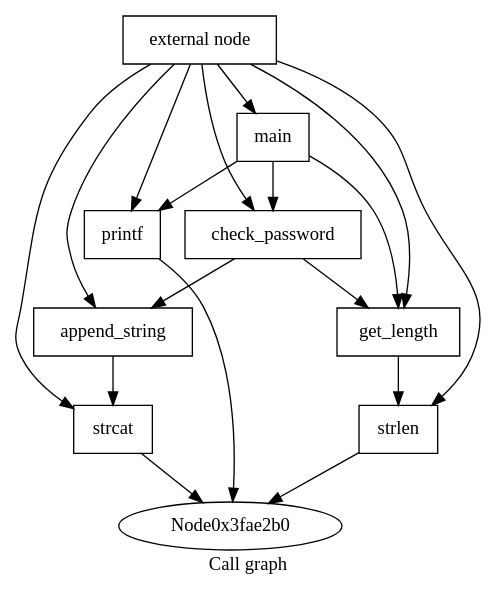
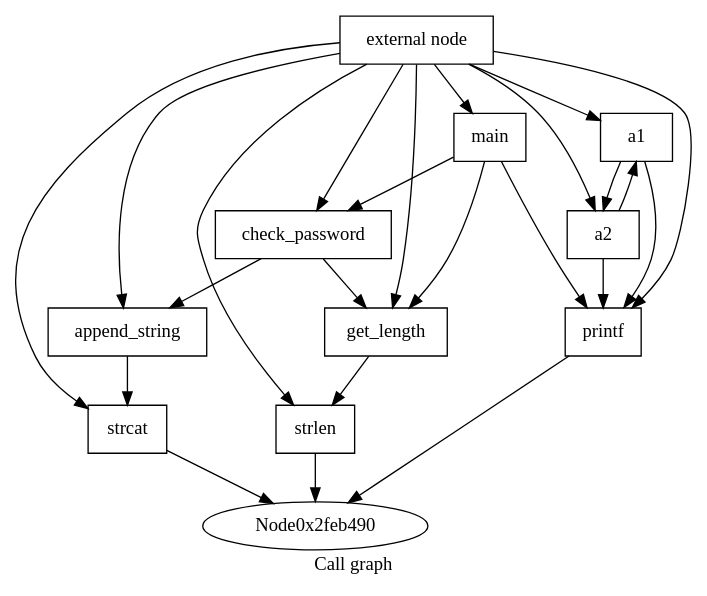
One commit to davidbuterez/urop-chopped-symbolic-execution changed the diagram in Experiment/call-graph/callgraph.dot. Above: the diagram before and after it, drawn with Graphviz. The commit also changed 38 other files, not shown here.

```diff
--- a/Experiment/call-graph/callgraph.dot
+++ b/Experiment/call-graph/callgraph.dot
@@ -1,29 +1,37 @@
 digraph "Call graph" {
 	label="Call graph";
 
-	Node0x3fae270 [shape=record,label="{external node}"];
-	Node0x3fae270 -> Node0x3fbcd70;
-	Node0x3fae270 -> Node0x3fbcdf0;
-	Node0x3fae270 -> Node0x3fbcef0;
-	Node0x3fae270 -> Node0x3fc4490;
-	Node0x3fae270 -> Node0x3fc4570;
-	Node0x3fae270 -> Node0x3fbcf30;
-	Node0x3fae270 -> Node0x3fbc740;
-	Node0x3fbcef0 [shape=record,label="{append_string}"];
-	Node0x3fbcef0 -> Node0x3fc4490;
-	Node0x3fbcdf0 [shape=record,label="{strlen}"];
-	Node0x3fbcdf0 -> Node0x3fae2b0;
-	Node0x3fbcd70 [shape=record,label="{get_length}"];
-	Node0x3fbcd70 -> Node0x3fbcdf0;
-	Node0x3fc4490 [shape=record,label="{strcat}"];
-	Node0x3fc4490 -> Node0x3fae2b0;
-	Node0x3fc4570 [shape=record,label="{check_password}"];
-	Node0x3fc4570 -> Node0x3fbcd70;
-	Node0x3fc4570 -> Node0x3fbcef0;
-	Node0x3fbcf30 [shape=record,label="{main}"];
-	Node0x3fbcf30 -> Node0x3fbcd70;
-	Node0x3fbcf30 -> Node0x3fc4570;
-	Node0x3fbcf30 -> Node0x3fbc740;
-	Node0x3fbc740 [shape=record,label="{printf}"];
-	Node0x3fbc740 -> Node0x3fae2b0;
+	Node0x2feb450 [shape=record,label="{external node}"];
+	Node0x2feb450 -> Node0x2feb510;
+	Node0x2feb450 -> Node0x2fcb130;
+	Node0x2feb450 -> Node0x2fcb200;
+	Node0x2feb450 -> Node0x2fcb280;
+	Node0x2feb450 -> Node0x2fd9d70;
+	Node0x2feb450 -> Node0x2fd9df0;
+	Node0x2feb450 -> Node0x2fd9ea0;
+	Node0x2feb450 -> Node0x2fe13c0;
+	Node0x2feb450 -> Node0x2fe1490;
+	Node0x2feb510 [shape=record,label="{get_length}"];
+	Node0x2feb510 -> Node0x2fcb130;
+	Node0x2fd9df0 [shape=record,label="{printf}"];
+	Node0x2fd9df0 -> Node0x2feb490;
+	Node0x2fd9ea0 [shape=record,label="{a2}"];
+	Node0x2fd9ea0 -> Node0x2fd9df0;
+	Node0x2fd9ea0 -> Node0x2fd9d70;
+	Node0x2fe13c0 [shape=record,label="{check_password}"];
+	Node0x2fe13c0 -> Node0x2feb510;
+	Node0x2fe13c0 -> Node0x2fcb200;
+	Node0x2fe1490 [shape=record,label="{main}"];
+	Node0x2fe1490 -> Node0x2feb510;
+	Node0x2fe1490 -> Node0x2fe13c0;
+	Node0x2fe1490 -> Node0x2fd9df0;
+	Node0x2fcb130 [shape=record,label="{strlen}"];
+	Node0x2fcb130 -> Node0x2feb490;
+	Node0x2fcb200 [shape=record,label="{append_string}"];
+	Node0x2fcb200 -> Node0x2fcb280;
+	Node0x2fcb280 [shape=record,label="{strcat}"];
+	Node0x2fcb280 -> Node0x2feb490;
+	Node0x2fd9d70 [shape=record,label="{a1}"];
+	Node0x2fd9d70 -> Node0x2fd9df0;
+	Node0x2fd9d70 -> Node0x2fd9ea0;
 }
```
